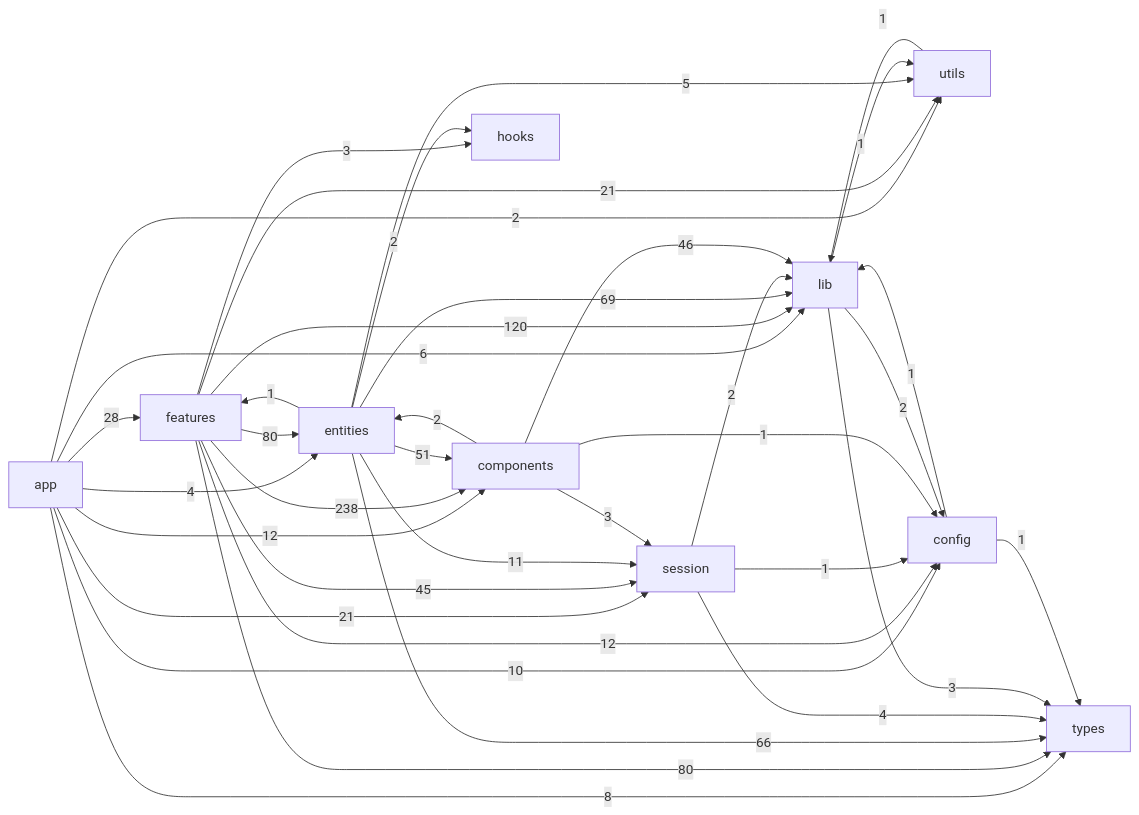
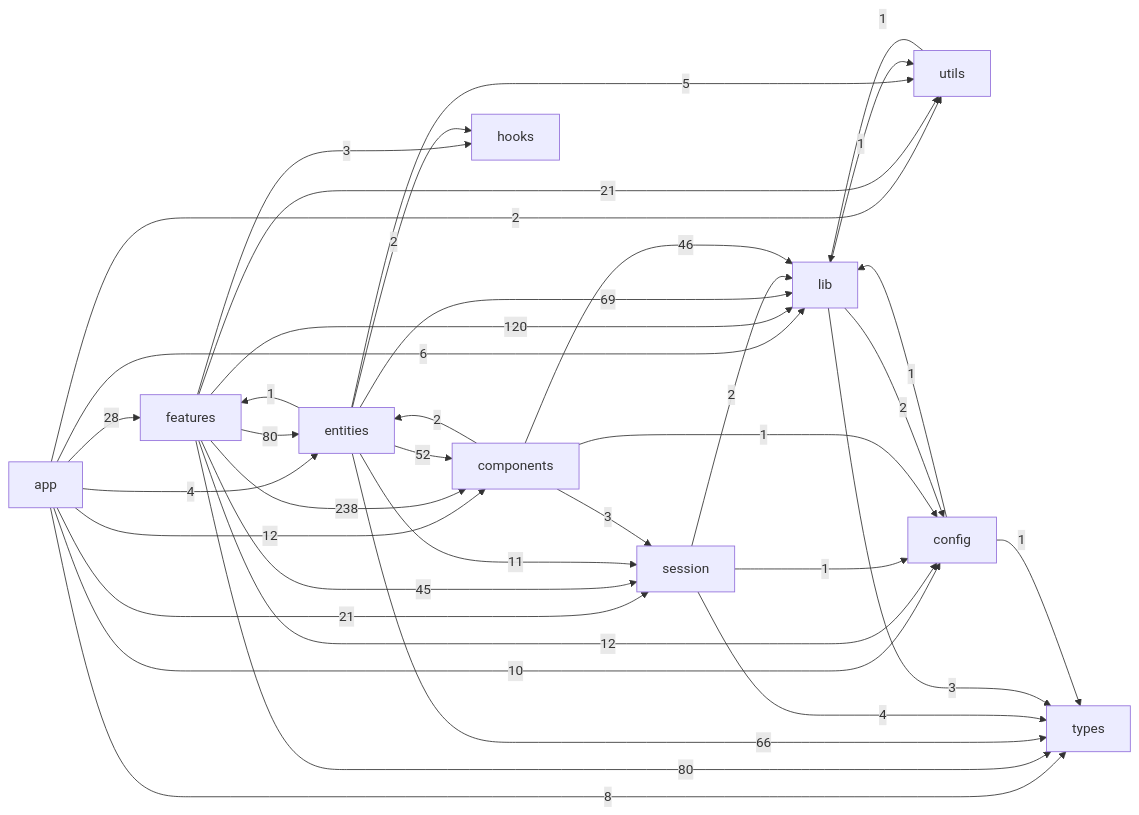
Before and after one commit to JohnnyZhao2/LMS: the diagram in lms_frontend/docs/generated/feature-dependency-graph.md, drawn with Mermaid. The commit also changed other lines of this file and 13 other files, not shown here.

````diff
--- a/lms_frontend/docs/generated/feature-dependency-graph.md
+++ b/lms_frontend/docs/generated/feature-dependency-graph.md
@@ -7,49 +7,49 @@
 ```mermaid
 flowchart LR
   app["app"]
   features["features"]
   entities["entities"]
   session["session"]
   components["components"]
   hooks["hooks"]
   lib["lib"]
   utils["utils"]
   config["config"]
   types["types"]
   app -->|28| features
   app -->|4| entities
   app -->|21| session
   app -->|12| components
   app -->|6| lib
   app -->|2| utils
   app -->|10| config
   app -->|8| types
   features -->|80| entities
   features -->|45| session
   features -->|238| components
   features -->|3| hooks
   features -->|120| lib
   features -->|21| utils
   features -->|12| config
   features -->|80| types
   entities -->|1| features
   entities -->|11| session
-  entities -->|51| components
+  entities -->|52| components
   entities -->|2| hooks
   entities -->|69| lib
   entities -->|5| utils
   entities -->|66| types
   session -->|2| lib
   session -->|1| config
   session -->|4| types
   components -->|2| entities
   components -->|3| session
   components -->|46| lib
   components -->|1| config
   lib -->|1| utils
   lib -->|2| config
   lib -->|3| types
   utils -->|1| lib
   config -->|1| lib
   config -->|1| types
 ```
````
